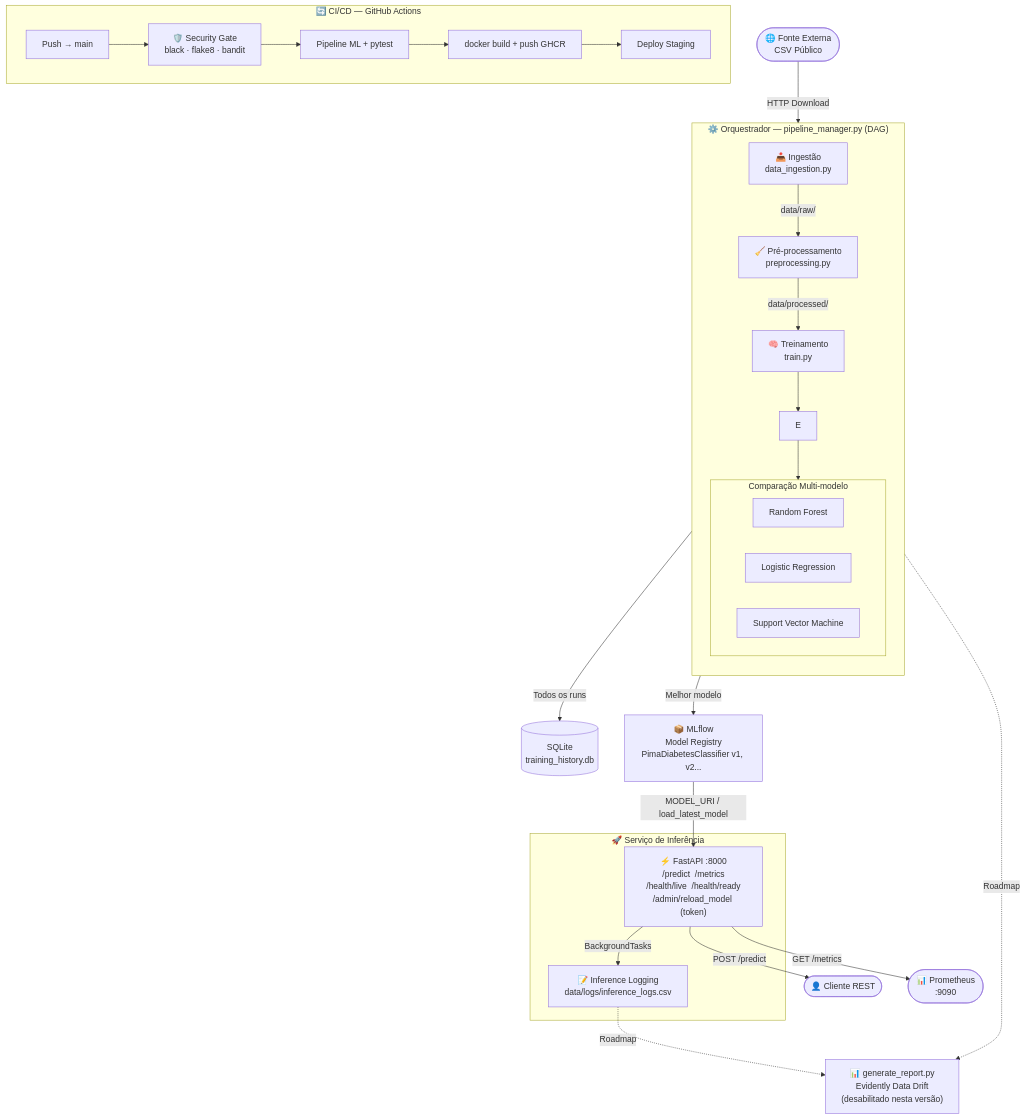
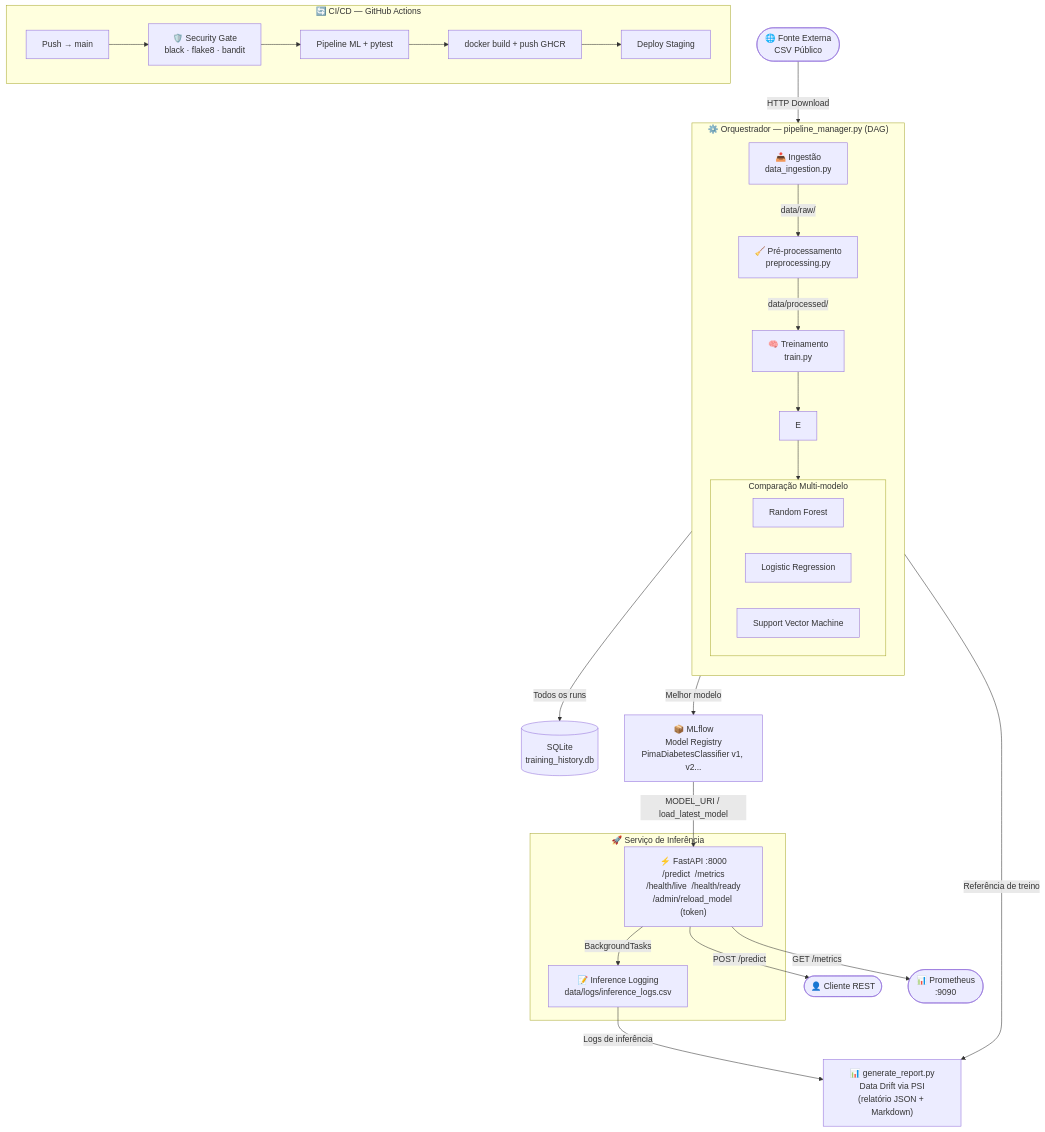
Before and after one commit to ArthurS357/santander-ml-pipeline: the first of 2 diagrams in README.md, drawn with Mermaid. The commit also changed other lines of this file and 1 other file, not shown here.

First line of the commit message:
docs(readme): align docs with v1.0.1 and PSI drift implementation

````diff
--- a/README.md
+++ b/README.md
@@ -68,41 +68,41 @@
 ```mermaid
 flowchart TD
     A([🌐 Fonte Externa\nCSV Público]) -->|HTTP Download| B
 
     subgraph PIPELINE ["⚙️  Orquestrador — pipeline_manager.py (DAG)"]
         direction TB
         B["📥 Ingestão\ndata_ingestion.py"] -->|data/raw/| C
         C["🧹 Pré-processamento\npreprocessing.py"] -->|data/processed/| D
         D["🧠 Treinamento\ntrain.py"] --> E
 
         subgraph TREINO ["Comparação Multi-modelo"]
             direction LR
             RF[Random Forest]
             LR[Logistic Regression]
             SVM[Support Vector Machine]
         end
         E --> TREINO
     end
 
     TREINO -->|Todos os runs| F[(SQLite\ntraining_history.db)]
     TREINO -->|Melhor modelo| G["📦 MLflow\nModel Registry\nPimaDiabetesClassifier v1, v2..."]
     G -->|MODEL_URI / load_latest_model| H
 
     subgraph SERVE ["🚀  Serviço de Inferência"]
         H["⚡ FastAPI :8000\n/predict  /metrics\n/health/live  /health/ready\n/admin/reload_model (token)"]
         H -->|BackgroundTasks| IL["📝 Inference Logging\ndata/logs/inference_logs.csv"]
     end
 
-    IL -.->|Roadmap| RPT["📊 generate_report.py\nEvidently Data Drift\n(desabilitado nesta versão)"]
-    D -.->|Roadmap| RPT
+    IL -->|Logs de inferência| RPT["📊 generate_report.py\nData Drift via PSI\n(relatório JSON + Markdown)"]
+    D -->|Referência de treino| RPT
 
     H -->|POST /predict| I([👤 Cliente REST])
     H -->|GET /metrics| J([📊 Prometheus\n:9090])
 
     subgraph CICD ["🔄  CI/CD — GitHub Actions"]
         K[Push → main] --> SEC["🛡️ Security Gate\nblack · flake8 · bandit"]
         SEC --> L[Pipeline ML + pytest]
         L --> M["docker build + push GHCR"]
         M --> N[Deploy Staging]
     end
 ```
````
